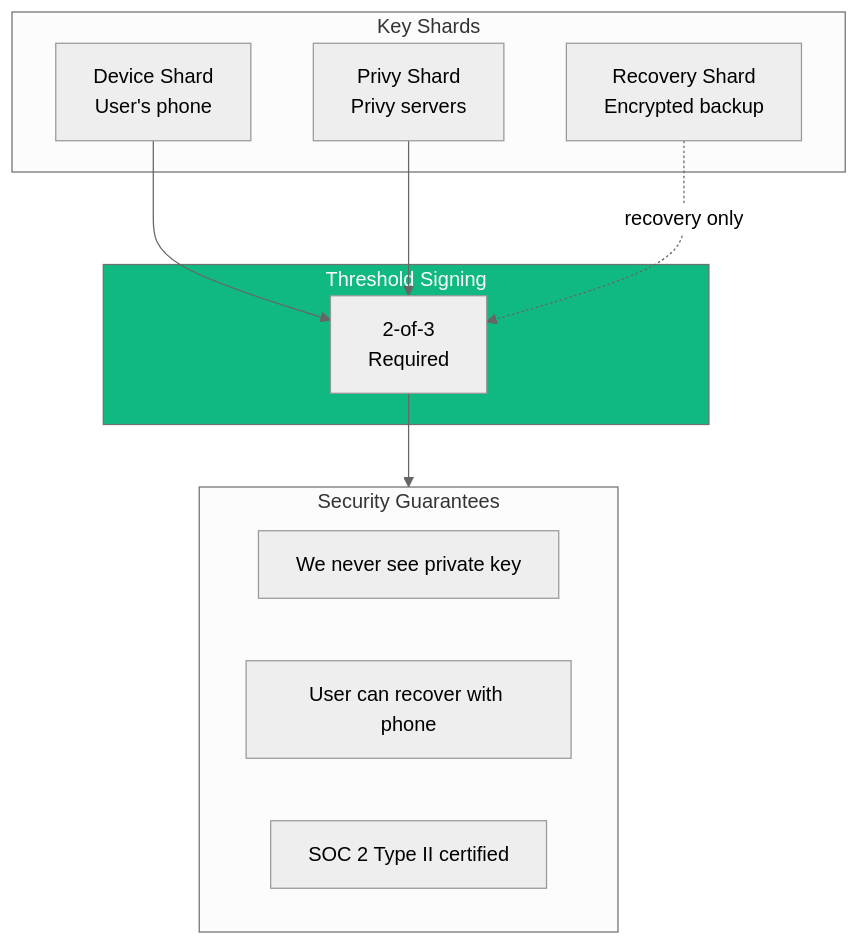
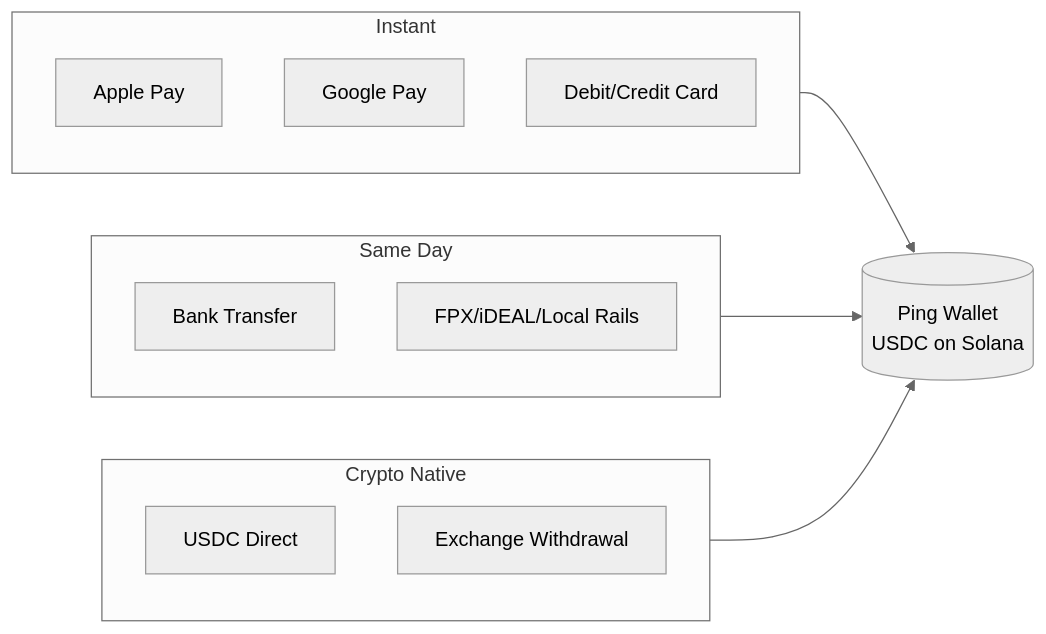
Diagram 20 of 27 in docs/ARCHITECTURE.md (ping-cash/ping-cash), drawn with Mermaid (neutral theme) before and after one commit. The commit also changed other lines of this file and 35 other files, not shown here.

````diff
--- a/docs/ARCHITECTURE.md
+++ b/docs/ARCHITECTURE.md
@@ -464,25 +1339,22 @@
 ```mermaid
-flowchart TB
-    subgraph Shards["Key Shards"]
-        D[Device Shard<br/>User's phone]
-        P[Privy Shard<br/>Privy servers]
-        R[Recovery Shard<br/>Encrypted backup]
+flowchart LR
+    subgraph Instant["Instant"]
+        AP[Apple Pay]
+        GP[Google Pay]
+        Card[Debit/Credit Card]
     end
 
-    subgraph Signing["Threshold Signing"]
-        T[2-of-3<br/>Required]
+    subgraph SameDay["Same Day"]
+        Bank[Bank Transfer]
+        FPX[FPX/iDEAL/Local Rails]
     end
 
-    subgraph Security["Security Guarantees"]
-        S1[We never see private key]
-        S2[User can recover with phone]
-        S3[SOC 2 Type II certified]
+    subgraph Crypto["Crypto Native"]
+        USDC[USDC Direct]
+        CEX[Exchange Withdrawal]
     end
 
-    D --> T
-    P --> T
-    R -.->|recovery only| T
-    T --> Security
-
-    style Signing fill:#10b981,color:#fff
+    Instant --> Wallet[(Ping Wallet<br/>USDC on Solana)]
+    SameDay --> Wallet
+    Crypto --> Wallet
 ```
````
